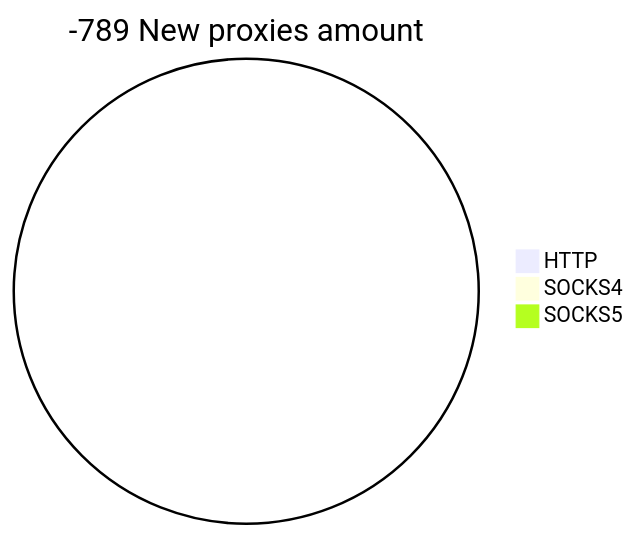
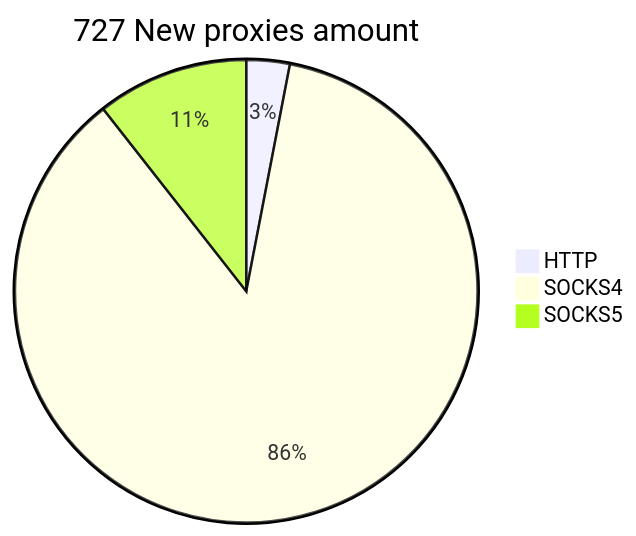
Before and after one commit to cutipu/proxylist: the second of 2 diagrams in README.md, drawn with Mermaid. The commit also changed other lines of this file, not shown here.

````diff
--- a/README.md
+++ b/README.md
@@ -10,6 +10,6 @@
 ```mermaid
-pie title -789 New proxies amount
-    "HTTP" : 0
-    "SOCKS4" : 0
-    "SOCKS5" : 0
+pie title 727 New proxies amount
+    "HTTP" : 22
+    "SOCKS4" : 628
+    "SOCKS5" : 77
 ```
````
